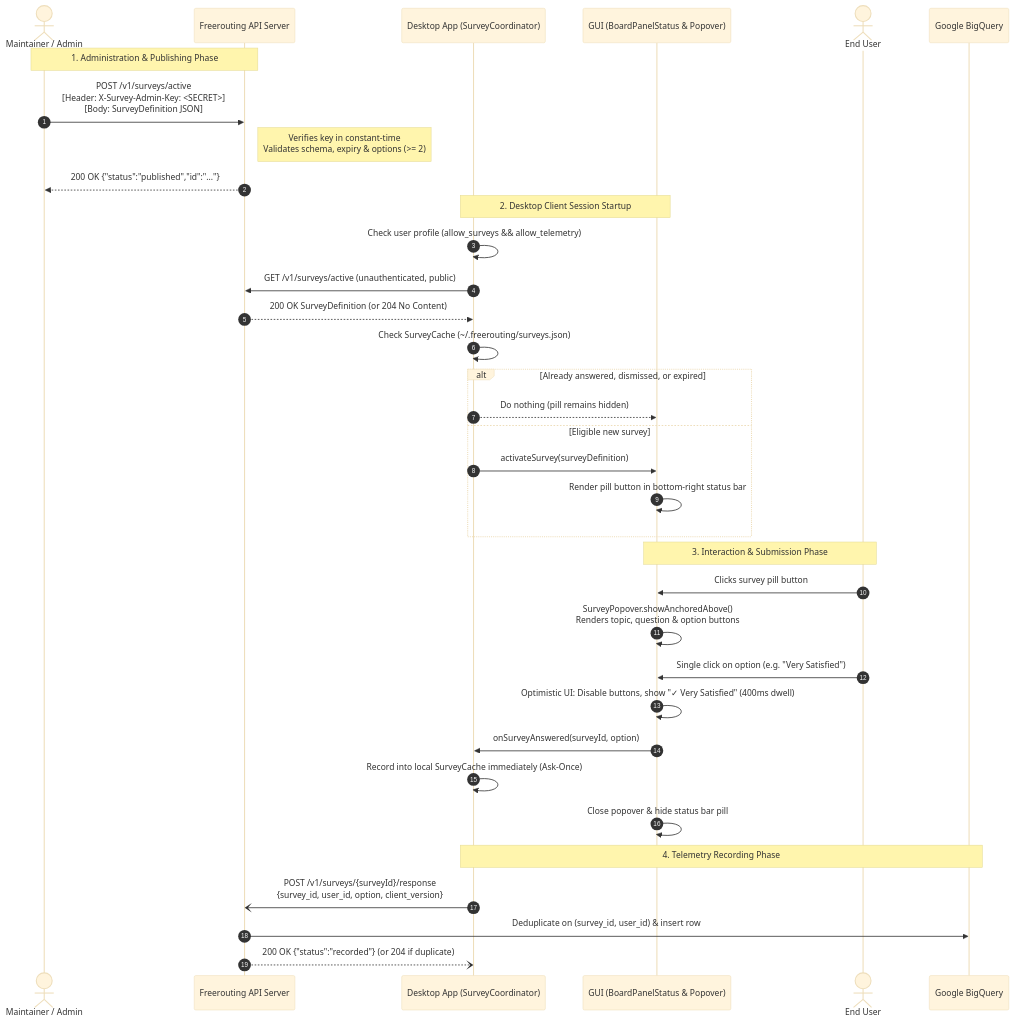
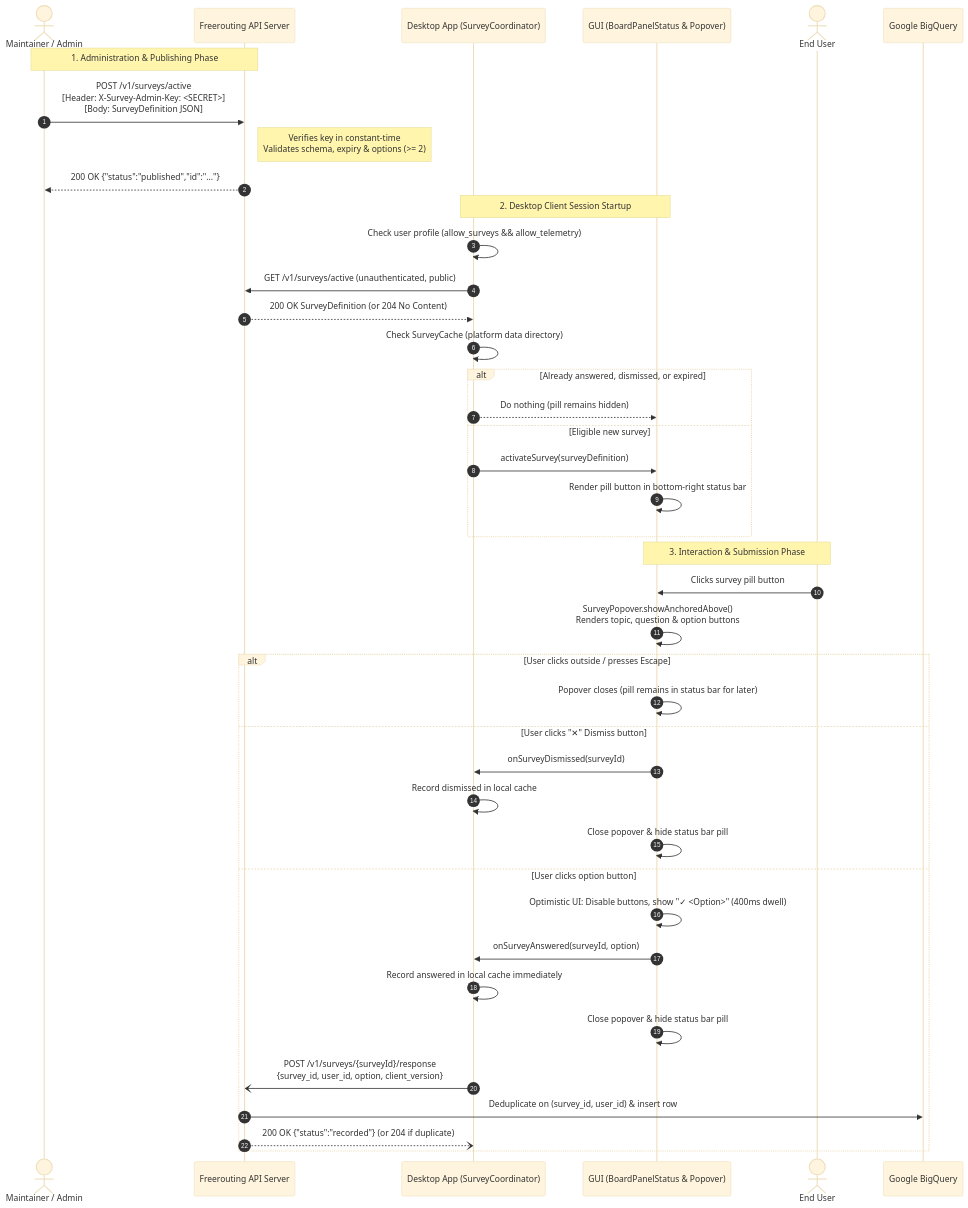
Before and after one commit to freerouting/freerouting: the diagram in src/main/java/app/freerouting/surveys/Survey_documentation.md, drawn with Mermaid (base theme). The commit also changed other lines of this file and 1 other file, not shown here.

Commit message:
fix(gui): fix survey popover layout sizing, text wrapping, and add local testing guide

````diff
--- a/src/main/java/app/freerouting/surveys/Survey_documentation.md
+++ b/src/main/java/app/freerouting/surveys/Survey_documentation.md
@@ -18,45 +19,50 @@
 ```mermaid
 sequenceDiagram
     autonumber
     actor Admin as Maintainer / Admin
     participant API as Freerouting API Server
     participant Desktop as Desktop App (SurveyCoordinator)
     participant StatusBar as GUI (BoardPanelStatus & Popover)
     actor User as End User
     participant BQ as Google BigQuery
 
     %% 1. Publishing Phase
     Note over Admin,API: 1. Administration & Publishing Phase
     Admin->>API: POST /v1/surveys/active<br/>[Header: X-Survey-Admin-Key: <SECRET>]<br/>[Body: SurveyDefinition JSON]
     Note right of API: Verifies key in constant-time<br/>Validates schema, expiry & options (>= 2)
     API-->>Admin: 200 OK {"status":"published","id":"..."}
 
     %% 2. Desktop Polling Phase
     Note over Desktop,StatusBar: 2. Desktop Client Session Startup
     Desktop->>Desktop: Check user profile (allow_surveys && allow_telemetry)
     Desktop->>API: GET /v1/surveys/active (unauthenticated, public)
     API-->>Desktop: 200 OK SurveyDefinition (or 204 No Content)
-    Desktop->>Desktop: Check SurveyCache (~/.freerouting/surveys.json)
+    Desktop->>Desktop: Check SurveyCache (platform data directory)
     alt Already answered, dismissed, or expired
         Desktop-->>StatusBar: Do nothing (pill remains hidden)
     else Eligible new survey
         Desktop->>StatusBar: activateSurvey(surveyDefinition)
         StatusBar->>StatusBar: Render pill button in bottom-right status bar
     end
 
     %% 3. User Interaction Phase
     Note over User,StatusBar: 3. Interaction & Submission Phase
     User->>StatusBar: Clicks survey pill button
     StatusBar->>StatusBar: SurveyPopover.showAnchoredAbove()<br/>Renders topic, question & option buttons
-    User->>StatusBar: Single click on option (e.g. "Very Satisfied")
-    StatusBar->>StatusBar: Optimistic UI: Disable buttons, show "✓ Very Satisfied" (400ms dwell)
-    StatusBar->>Desktop: onSurveyAnswered(surveyId, option)
-    Desktop->>Desktop: Record into local SurveyCache immediately (Ask-Once)
-    StatusBar->>StatusBar: Close popover & hide status bar pill
-
-    %% 4. Asynchronous Delivery Phase
-    Note over Desktop,BQ: 4. Telemetry Recording Phase
-    Desktop-)API: POST /v1/surveys/{surveyId}/response<br/>{survey_id, user_id, option, client_version}
-    API->>BQ: Deduplicate on (survey_id, user_id) & insert row
-    API--)Desktop: 200 OK {"status":"recorded"} (or 204 if duplicate)
+    alt User clicks outside / presses Escape
+        StatusBar->>StatusBar: Popover closes (pill remains in status bar for later)
+    else User clicks "✕" Dismiss button
+        StatusBar->>Desktop: onSurveyDismissed(surveyId)
+        Desktop->>Desktop: Record dismissed in local cache
+        StatusBar->>StatusBar: Close popover & hide status bar pill
+    else User clicks option button
+        StatusBar->>StatusBar: Optimistic UI: Disable buttons, show "✓ <Option>" (400ms dwell)
+        StatusBar->>Desktop: onSurveyAnswered(surveyId, option)
+        Desktop->>Desktop: Record answered in local cache immediately
+        StatusBar->>StatusBar: Close popover & hide status bar pill
+        %% 4. Asynchronous Delivery Phase
+        Desktop-)API: POST /v1/surveys/{surveyId}/response<br/>{survey_id, user_id, option, client_version}
+        API->>BQ: Deduplicate on (survey_id, user_id) & insert row
+        API--)Desktop: 200 OK {"status":"recorded"} (or 204 if duplicate)
+    end
 ```
````
